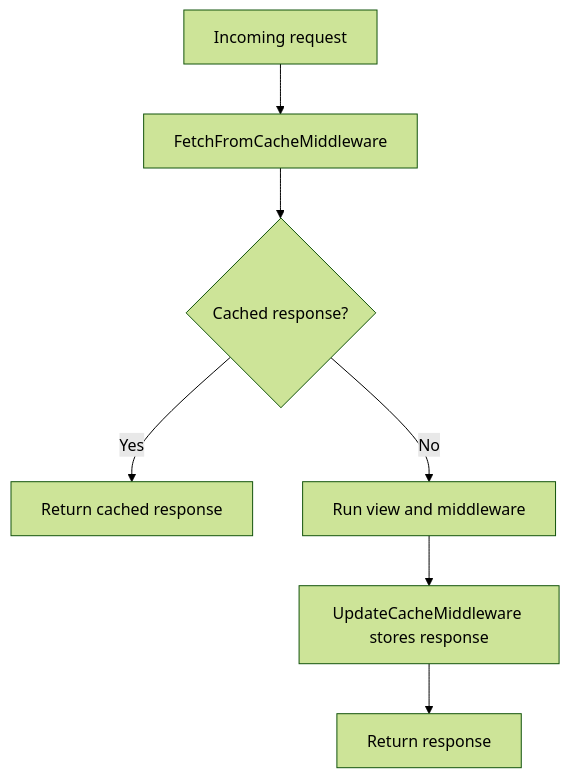
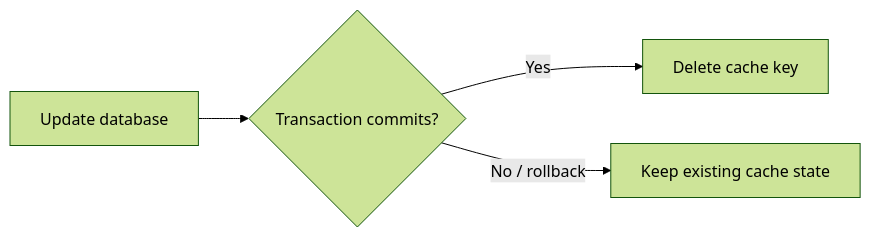
One commit to AvadhBhalodiya/Interview-Preparation changed the fourth of 6 diagrams in src/content/django/caching-framework.md. Above: the diagram before and after it, drawn with Mermaid (forest theme). The commit also changed other lines of this file and 80 other files, not shown here.

````diff
--- a/src/content/django/caching-framework.md
+++ b/src/content/django/caching-framework.md
@@ -788,9 +458,6 @@
 ```mermaid
-flowchart TD
-    A[Incoming request] --> B[FetchFromCacheMiddleware]
-    B --> C{Cached response?}
-    C -- Yes --> D[Return cached response]
-    C -- No --> E[Run view and middleware]
-    E --> F[UpdateCacheMiddleware stores response]
-    F --> G[Return response]
+flowchart LR
+    A[Update database] --> B{Transaction commits?}
+    B -- Yes --> C[Delete cache key]
+    B -- No / rollback --> D[Keep existing cache state]
 ```
````
